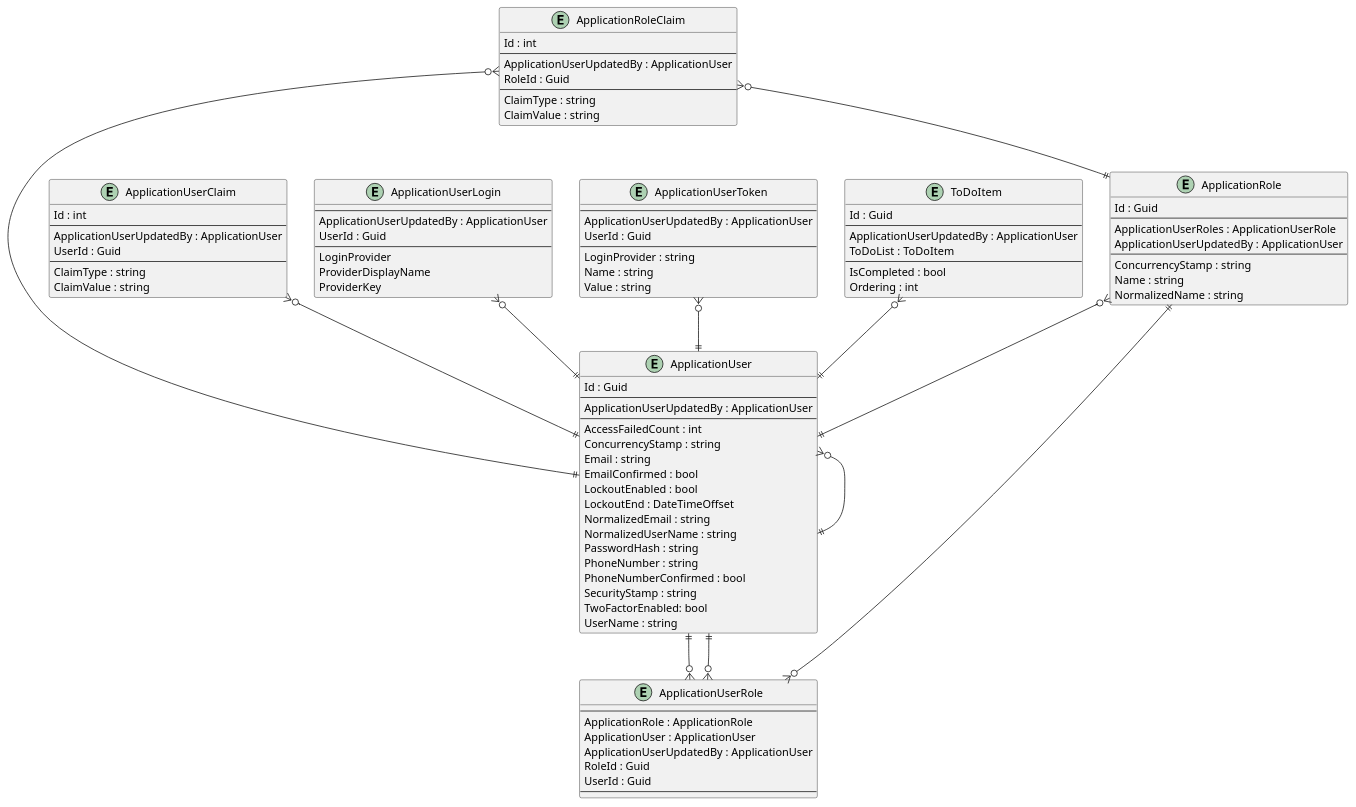
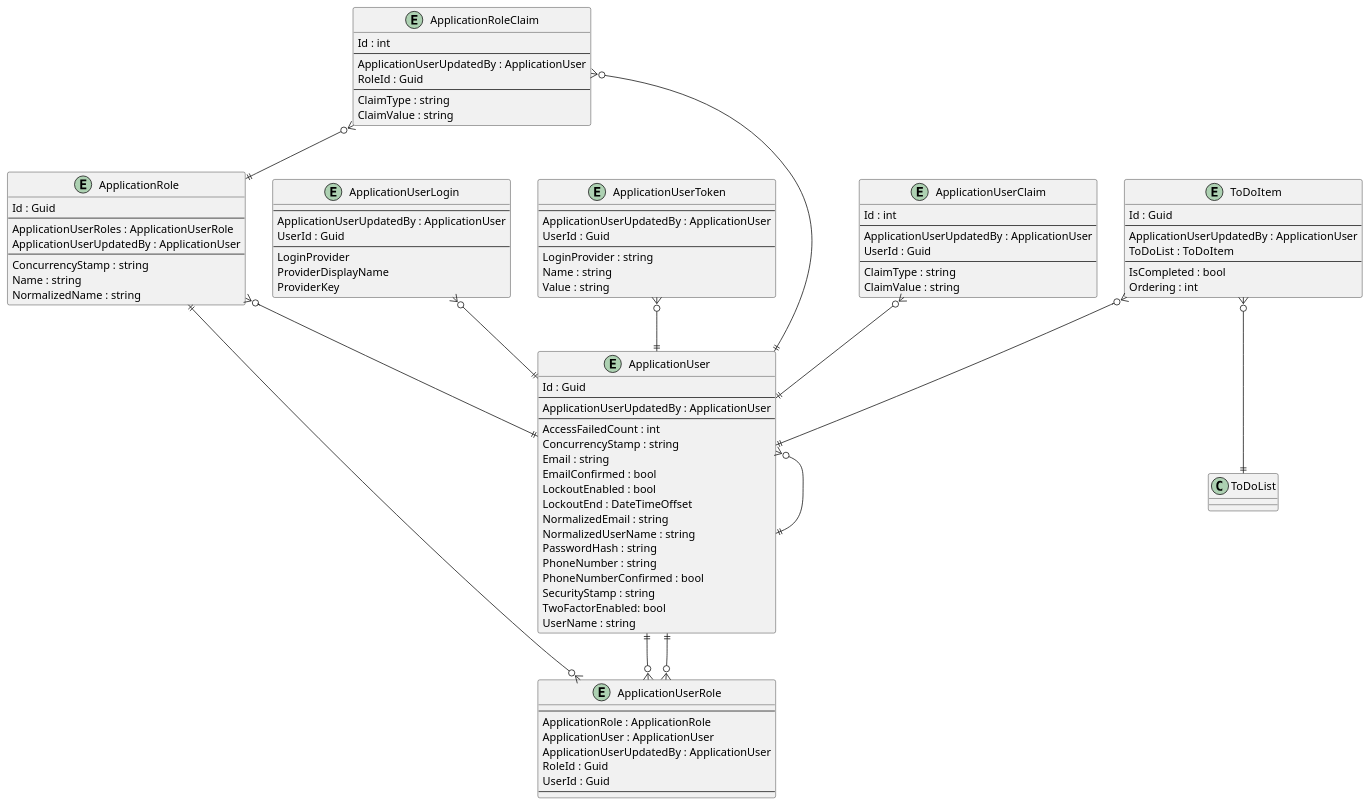
Before and after one commit to intrepion/intrepion_to-do_web_blazor: the diagram in .docs/Intrepion.ToDo.pu, drawn with PlantUML.

```diff
--- a/.docs/Intrepion.ToDo.pu
+++ b/.docs/Intrepion.ToDo.pu
@@ -1,115 +1,116 @@
 @startuml
 
 entity ApplicationRole {
     Id : Guid
     --
     ApplicationUserRoles : ApplicationUserRole
     ApplicationUserUpdatedBy : ApplicationUser
     --
     ConcurrencyStamp : string
     Name : string
     NormalizedName : string
 }
 
 entity ApplicationRoleClaim {
     Id : int
     --
     ApplicationUserUpdatedBy : ApplicationUser
     RoleId : Guid
     --
     ClaimType : string
     ClaimValue : string
 }
 
 entity ApplicationUser {
     Id : Guid
     --
     ApplicationUserUpdatedBy : ApplicationUser
     ' ApplicationUserKeyCodePlaceholder
     --
     AccessFailedCount : int
     ConcurrencyStamp : string
     Email : string
     EmailConfirmed : bool
     LockoutEnabled : bool
     LockoutEnd : DateTimeOffset
     NormalizedEmail : string
     NormalizedUserName : string
     PasswordHash : string
     PhoneNumber : string
     PhoneNumberConfirmed : bool
     SecurityStamp : string
     TwoFactorEnabled: bool
     UserName : string
     ' ApplicationUserPropertyCodePlaceholder
 }
 
 entity ApplicationUserClaim {
     Id : int
     --
     ApplicationUserUpdatedBy : ApplicationUser
     UserId : Guid
     --
     ClaimType : string
     ClaimValue : string
 }
 
 entity ApplicationUserLogin {
     --
     ApplicationUserUpdatedBy : ApplicationUser
     UserId : Guid
     --
     LoginProvider
     ProviderDisplayName
     ProviderKey
 }
 
 entity ApplicationUserRole {
     --
     ApplicationRole : ApplicationRole
     ApplicationUser : ApplicationUser
     ApplicationUserUpdatedBy : ApplicationUser
     RoleId : Guid
     UserId : Guid
     --
 }
 
 entity ApplicationUserToken {
     --
     ApplicationUserUpdatedBy : ApplicationUser
     UserId : Guid
     --
     LoginProvider : string
     Name : string
     Value : string
 }
 
 entity ToDoItem {
     Id : Guid
     --
     ApplicationUserUpdatedBy : ApplicationUser
     ToDoList : ToDoItem
     ' ToDoItemKeyCodePlaceholder
     --
     IsCompleted : bool
     Ordering : int
     ' ToDoItemPropertyCodePlaceholder
 }
 
 ' EntityCodePlaceholder
 
 ApplicationRole ||--o{ ApplicationUserRole
 ApplicationRole }o--|| ApplicationUser
 ApplicationRoleClaim }o--|| ApplicationRole
 ApplicationRoleClaim }o--|| ApplicationUser
 ApplicationUser }o--|| ApplicationUser
 ApplicationUser ||--o{ ApplicationUserRole
 ApplicationUserClaim }o--|| ApplicationUser
 ApplicationUserLogin }o--|| ApplicationUser
 ApplicationUserRole }o--|| ApplicationUser
 ApplicationUserToken }o--|| ApplicationUser
 
 ToDoItem }o--|| ApplicationUser
+ToDoItem }o--|| ToDoList
 ' RelationshipCodePlaceholder
 
 @enduml
```
